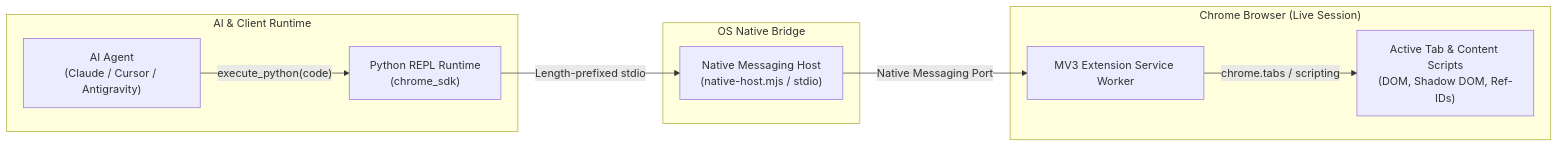
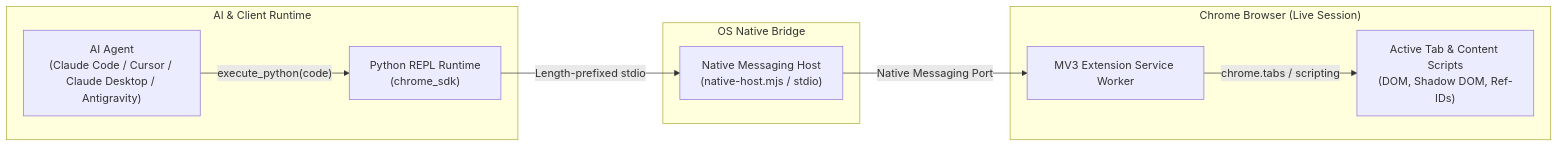
The second of 2 diagrams in README.md (sh7vansh/chrome-bridge), drawn with Mermaid before and after one commit. The commit also changed other lines of this file and 4 other files, not shown here.

Commit message:
feat(mcp): auto-configure Claude Code MCP and update documentation

````diff
--- a/README.md
+++ b/README.md
@@ -40,20 +40,20 @@
 ```mermaid
 flowchart LR
     subgraph ClientLayer ["AI & Client Runtime"]
-        A["AI Agent<br/>(Claude / Cursor / Antigravity)"]
+        A["AI Agent<br/>(Claude Code / Cursor / Claude Desktop / Antigravity)"]
         B["Python REPL Runtime<br/>(chrome_sdk)"]
         A -->|"execute_python(code)"| B
     end
 
     subgraph NativeBridge ["OS Native Bridge"]
         C["Native Messaging Host<br/>(native-host.mjs / stdio)"]
         B -->|"Length-prefixed stdio"| C
     end
 
     subgraph BrowserEngine ["Chrome Browser (Live Session)"]
         D["MV3 Extension Service Worker"]
         E["Active Tab & Content Scripts<br/>(DOM, Shadow DOM, Ref-IDs)"]
         C -->|"Native Messaging Port"| D
         D -->|"chrome.tabs / scripting"| E
     end
 ```
````
